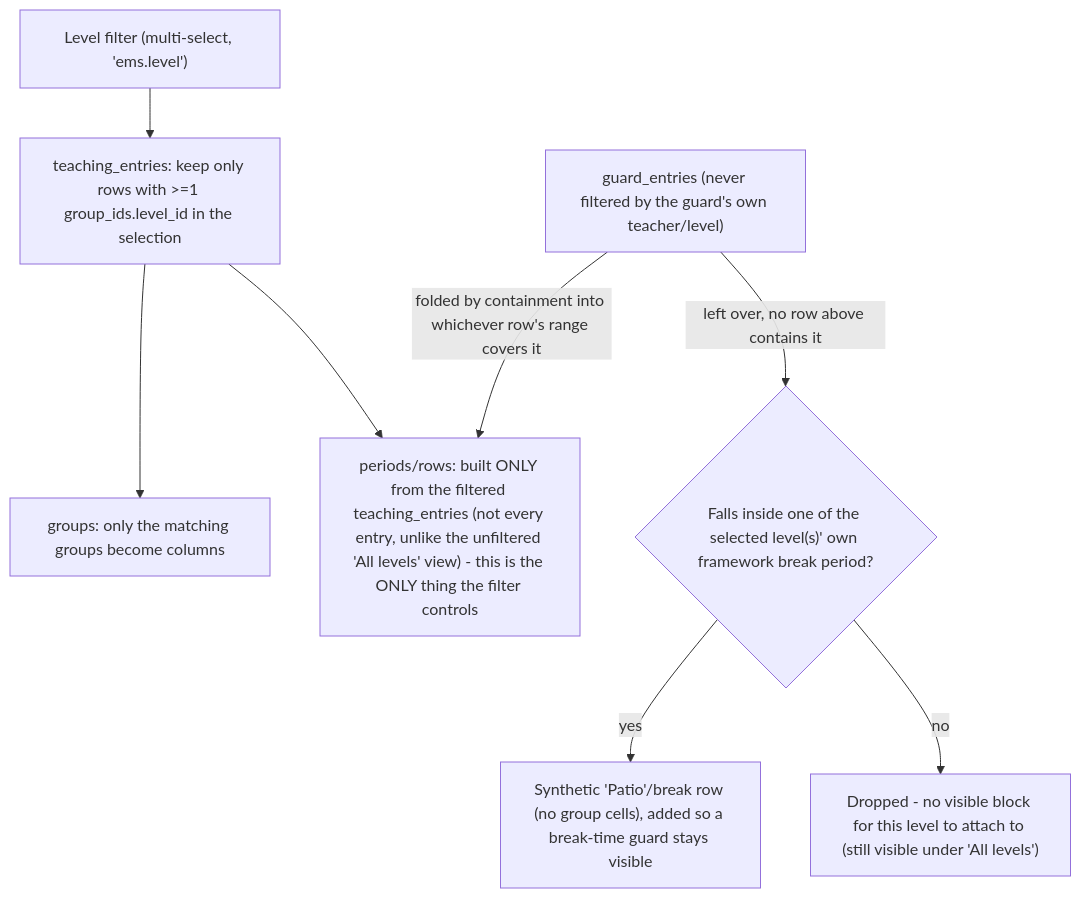
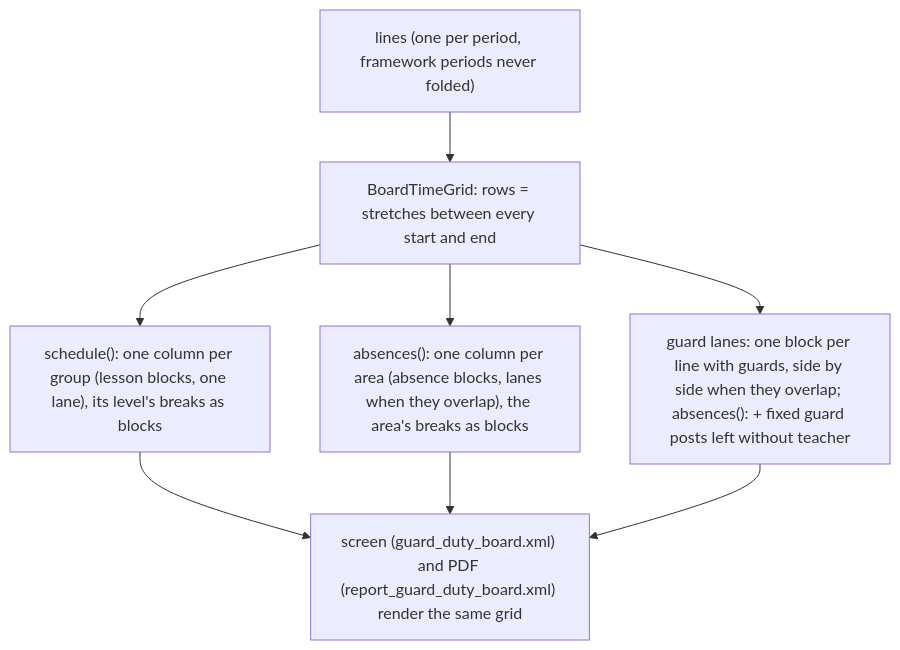
Before and after one commit to ElPuig/EMS: the third of 5 diagrams in docs/en/developers/attendance/guard_duty_board.md, drawn with Mermaid. The commit also changed other lines of this file and 128 other files, not shown here.

````diff
--- a/docs/en/developers/attendance/guard_duty_board.md
+++ b/docs/en/developers/attendance/guard_duty_board.md
@@ -524,10 +528,10 @@
 ```mermaid
 flowchart TB
-    LVLSEL["Level filter (multi-select, 'ems.level')"] --> TE["teaching_entries: keep only rows with >=1 group_ids.level_id in the selection"]
-    TE --> GRP["groups: only the matching groups become columns"]
-    TE --> ROWS["periods/rows: built ONLY from the filtered teaching_entries (not every entry, unlike the unfiltered 'All levels' view) - this is the ONLY thing the filter controls"]
-    GUARD["guard_entries (never filtered by the guard's own teacher/level)"] -->|folded by containment into whichever row's range covers it| ROWS
-    GUARD -->|left over, no row above contains it| BREAK{"Falls inside one of the selected level(s)' own framework break period?"}
-    BREAK -->|yes| PATIO["Synthetic 'Patio'/break row (no group cells), added so a break-time guard stays visible"]
-    BREAK -->|no| DROP["Dropped - no visible block for this level to attach to (still visible under 'All levels')"]
+    LINES["lines (one per period, framework periods never folded)"] --> AXIS["BoardTimeGrid: rows = stretches between every start and end"]
+    AXIS --> SCH["schedule(): one column per group (lesson blocks, one lane), its level's breaks as blocks"]
+    AXIS --> ABSG["absences(): one column per area (absence blocks, lanes when they overlap), the area's breaks as blocks"]
+    AXIS --> GL["guard lanes: one block per line with guards, side by side when they overlap; absences(): + fixed guard posts left without teacher"]
+    SCH --> R["screen (guard_duty_board.xml) and PDF (report_guard_duty_board.xml) render the same grid"]
+    ABSG --> R
+    GL --> R
 ```
````
